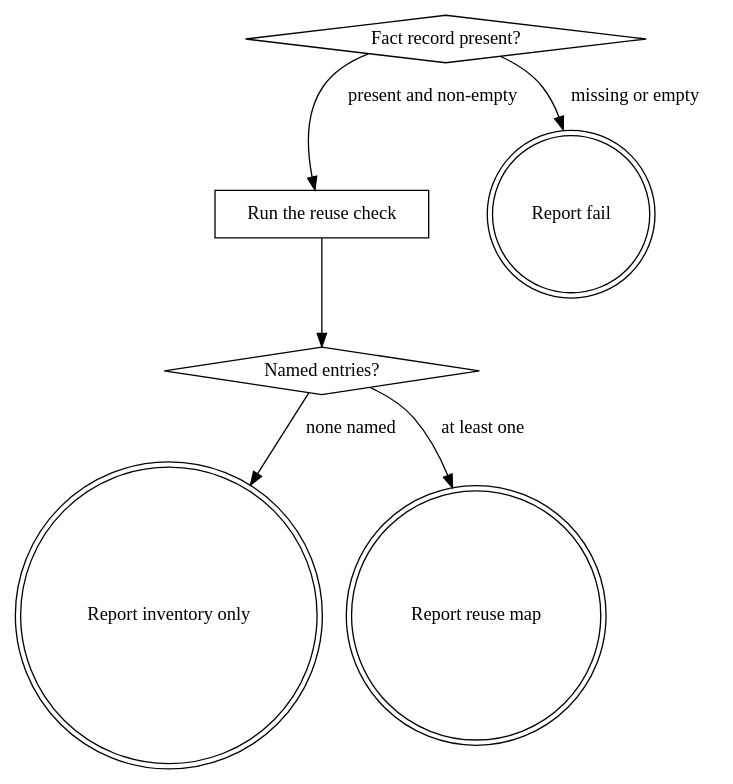
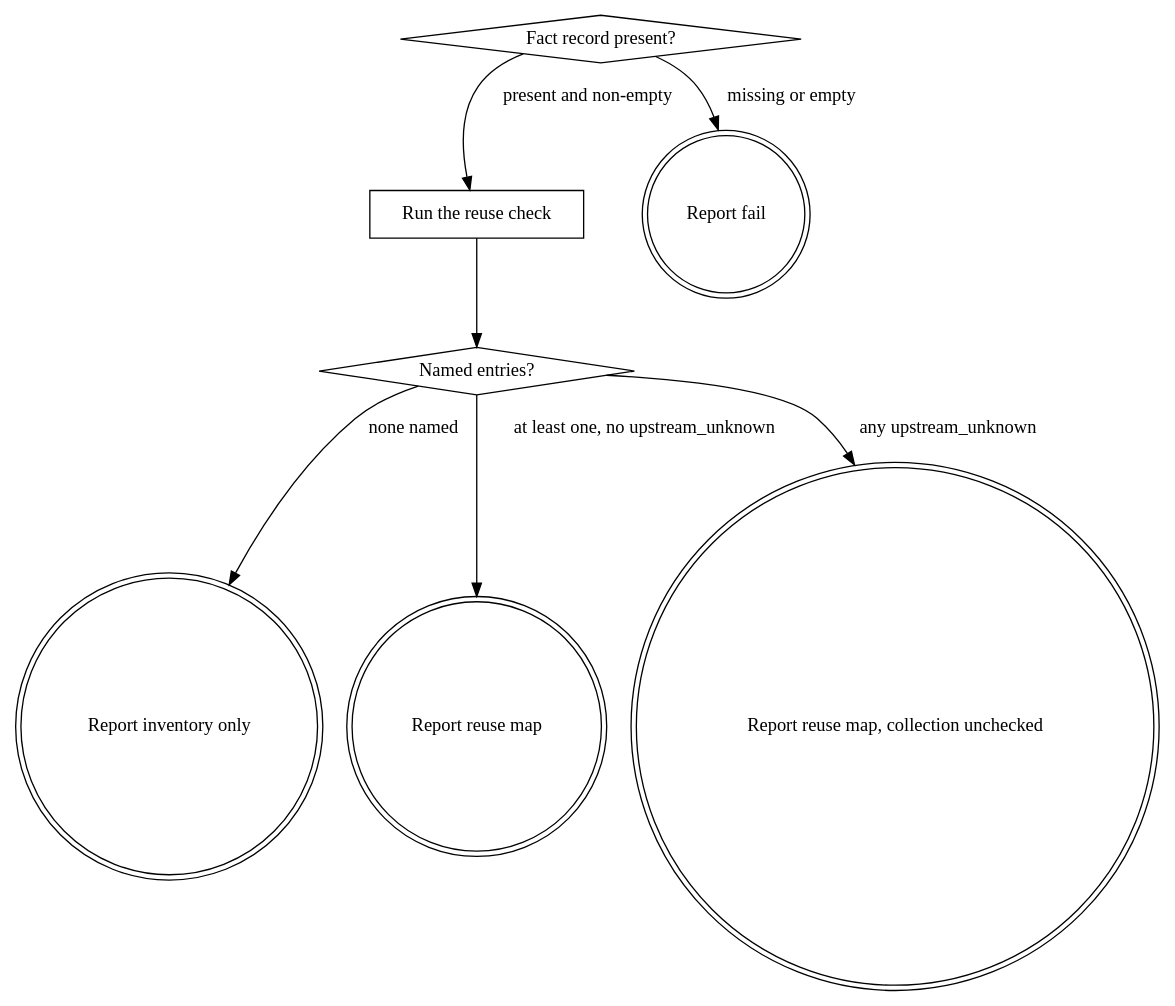
One commit to agenticDraft/aem-eds-ai-workflow-demo changed the diagram in plugins/eds/skills/eds-conventions-component-reuse/SKILL.md. Above: the diagram before and after it, drawn with Graphviz. The commit also changed other lines of this file and 2 other files, not shown here.

First line of the commit message:
Reuse check answers upstream= from the pinned collection, upstream_unknown= when its manifest is unusable

````diff
--- a/plugins/eds/skills/eds-conventions-component-reuse/SKILL.md
+++ b/plugins/eds/skills/eds-conventions-component-reuse/SKILL.md
@@ -25,16 +27,18 @@
 ```dot
 digraph eds_conventions_component_reuse {
     "Fact record present?" [shape=diamond];
     "Run the reuse check" [shape=box];
     "Named entries?" [shape=diamond];
     "Report fail" [shape=doublecircle];
     "Report inventory only" [shape=doublecircle];
     "Report reuse map" [shape=doublecircle];
+    "Report reuse map, collection unchecked" [shape=doublecircle];
 
     "Fact record present?" -> "Run the reuse check" [label="present and non-empty"];
     "Fact record present?" -> "Report fail" [label="missing or empty"];
     "Run the reuse check" -> "Named entries?";
     "Named entries?" -> "Report inventory only" [label="none named"];
-    "Named entries?" -> "Report reuse map" [label="at least one"];
+    "Named entries?" -> "Report reuse map" [label="at least one, no upstream_unknown"];
+    "Named entries?" -> "Report reuse map, collection unchecked" [label="any upstream_unknown"];
 }
 ```
````
